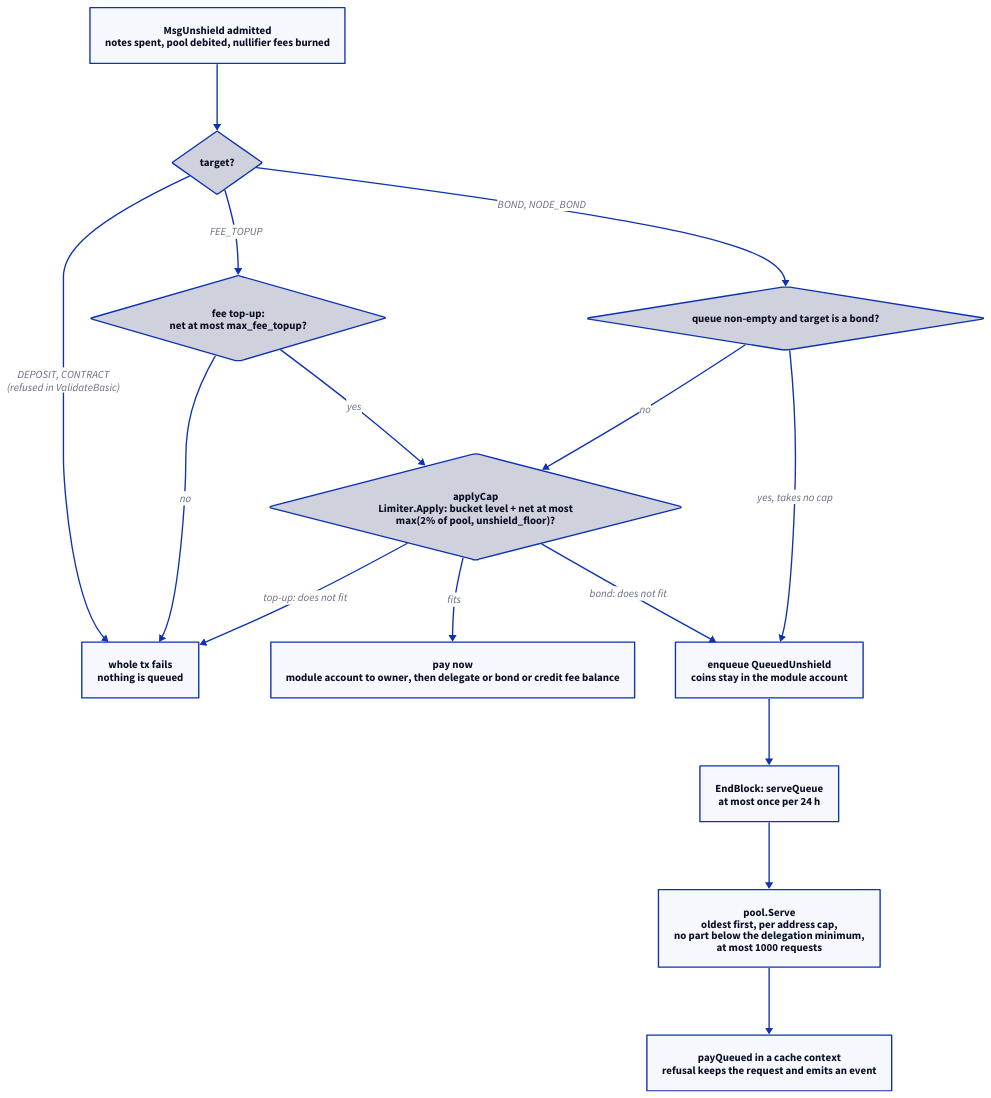
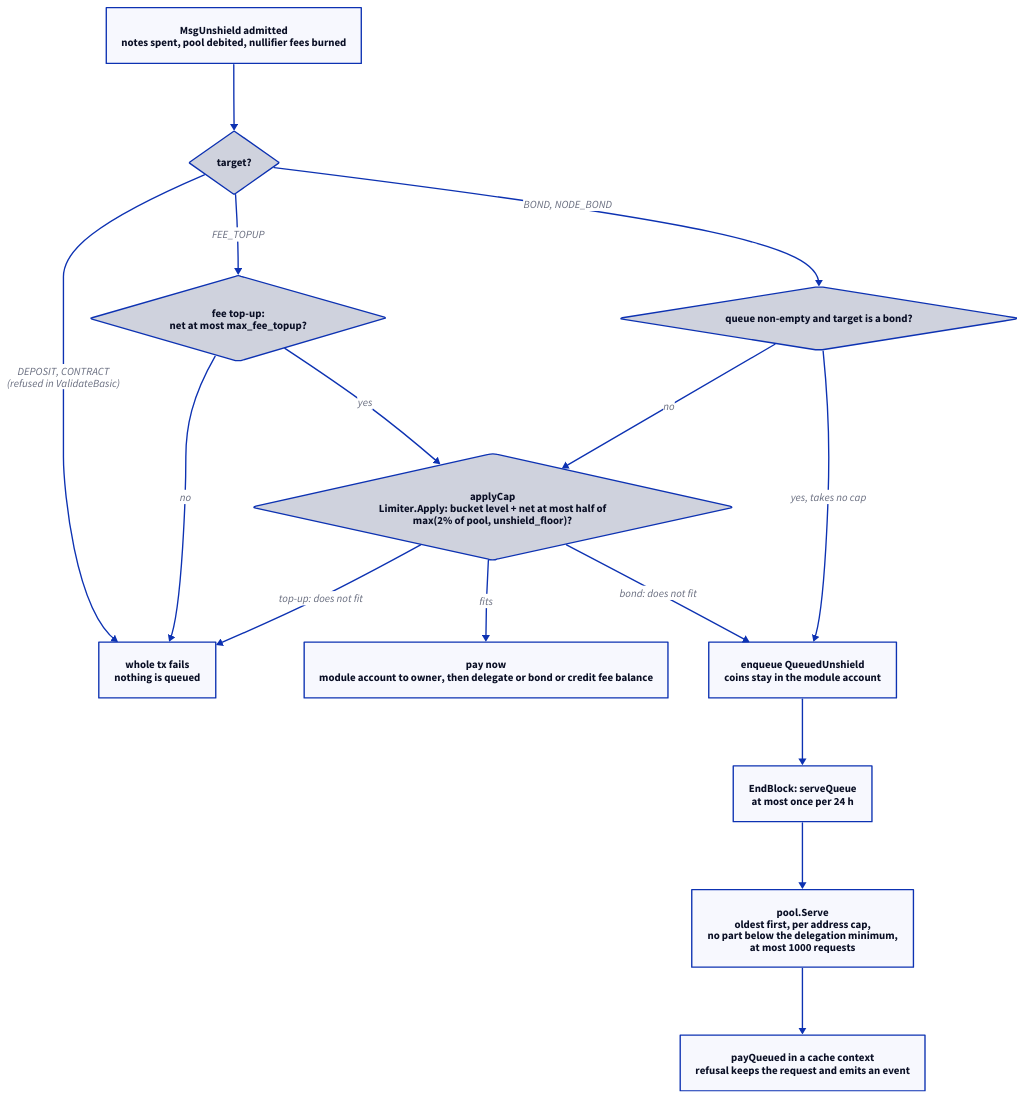
The diagram in docs/whitepaper/technical-reference/diagrams/ch43-unshield.d2 (DeBrosOfficial/network), drawn with D2 before and after one commit. The commit also changed 8 other files, not shown here.

First line of the commit message:
fix(shielded): at most one cap leaves the pool in any 24 hours; the bucket holds half a cap (bugboard 3417)

```diff
--- a/docs/whitepaper/technical-reference/diagrams/ch43-unshield.d2
+++ b/docs/whitepaper/technical-reference/diagrams/ch43-unshield.d2
@@ -1,28 +1,28 @@
 direction: down
 
 msg: "MsgUnshield admitted\nnotes spent, pool debited, nullifier fees burned"
 target: "target?" {shape: diamond}
 topup: "fee top-up:\nnet at most max_fee_topup?" {shape: diamond}
 fail: "whole tx fails\nnothing is queued"
 waiting: "queue non-empty and target is a bond?" {shape: diamond}
-cap: "applyCap\nLimiter.Apply: bucket level + net at most\nmax(2% of pool, unshield_floor)?" {shape: diamond}
+cap: "applyCap\nLimiter.Apply: bucket level + net at most half of\nmax(2% of pool, unshield_floor)?" {shape: diamond}
 pay: "pay now\nmodule account to owner, then delegate or bond or credit fee balance"
 queue: "enqueue QueuedUnshield\ncoins stay in the module account"
 window: "EndBlock: serveQueue\nat most once per 24 h"
 grant: "pool.Serve\noldest first, per address cap,\nno part below the delegation minimum,\nat most 1000 requests"
 paid: "payQueued in a cache context\nrefusal keeps the request and emits an event"
 
 msg -> target
 target -> topup: "FEE_TOPUP"
 target -> waiting: "BOND, NODE_BOND"
 target -> fail: "DEPOSIT, CONTRACT\n(refused in ValidateBasic)"
 topup -> cap: "yes"
 topup -> fail: "no"
 cap -> pay: "fits"
 cap -> queue: "bond: does not fit"
 cap -> fail: "top-up: does not fit"
 waiting -> queue: "yes, takes no cap"
 waiting -> cap: "no"
 queue -> window
 window -> grant
 grant -> paid
```
